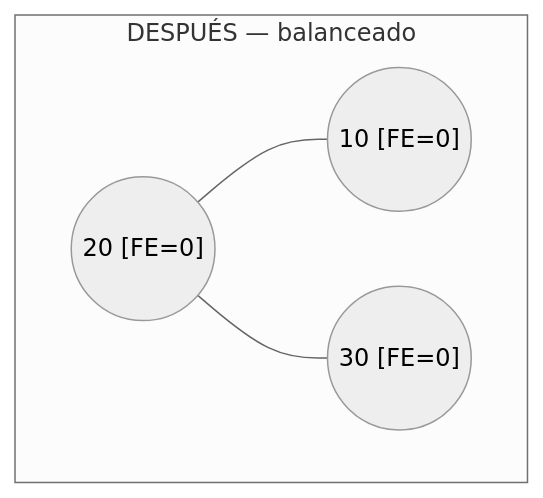
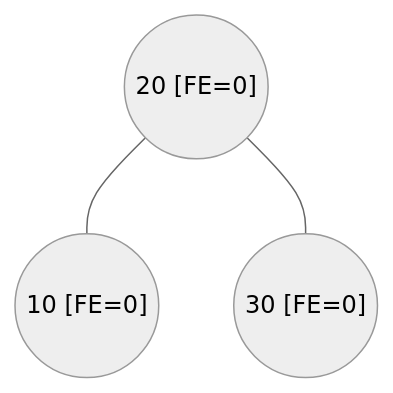
Diagram 29 of 34 in 03-arboles.md (frijolitobandido/Guia_Matematica_Discreta), drawn with Mermaid (neutral theme) before and after one commit. The commit also changed other lines of this file, not shown here.

````diff
--- a/03-arboles.md
+++ b/03-arboles.md
@@ -576,7 +672,5 @@
 ```mermaid
 graph TD
-    subgraph Después4["DESPUÉS — balanceado"]
-        h1(("20 [FE=0]")) --- h2(("10 [FE=0]"))
-        h1 --- h3(("30 [FE=0]"))
-    end
+    h1(("20 [FE=0]")) --- h2(("10 [FE=0]"))
+    h1 --- h3(("30 [FE=0]"))
 ```
````
